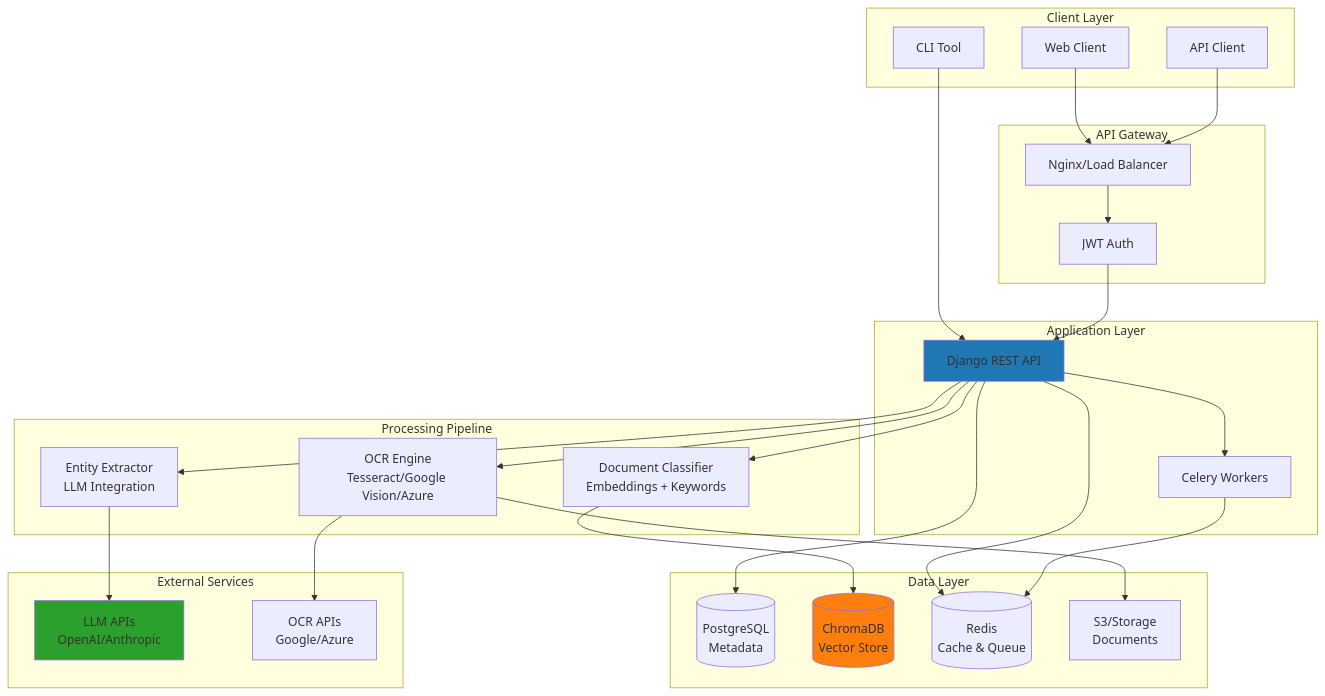
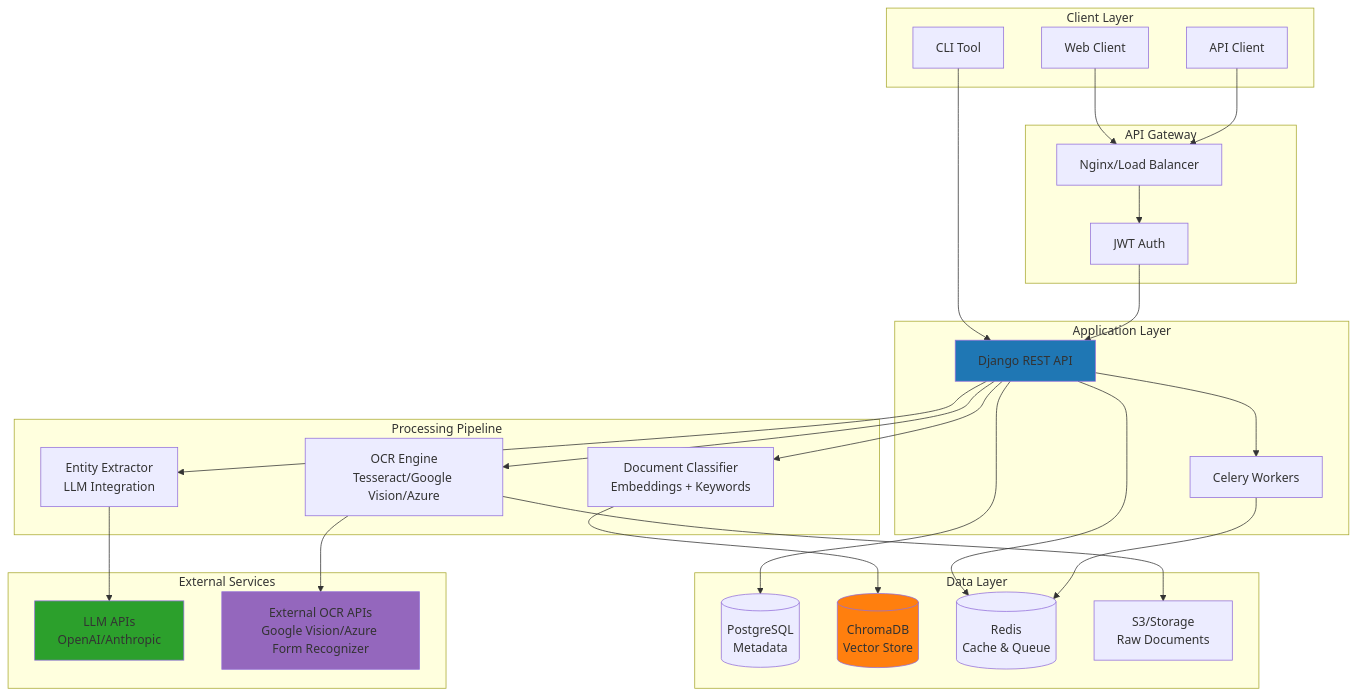
One commit to JazzzFM/DocuMind changed the first of 5 diagrams in README.md. Above: the diagram before and after it, drawn with Mermaid. The commit also changed other lines of this file and 5029 other files, not shown here.

````diff
--- a/README.md
+++ b/README.md
@@ -41,62 +50,63 @@
 ```mermaid
 graph TB
     subgraph "Client Layer"
         WEB[Web Client]
         API_CLIENT[API Client]
         CLI[CLI Tool]
     end
     
     subgraph "API Gateway"
         NGINX[Nginx/Load Balancer]
         AUTH[JWT Auth]
     end
     
     subgraph "Application Layer"
         DJANGO[Django REST API]
         CELERY[Celery Workers]
     end
     
     subgraph "Processing Pipeline"
         OCR_ENGINE[OCR Engine<br/>Tesseract/Google Vision/Azure]
         CLASSIFIER[Document Classifier<br/>Embeddings + Keywords]
         EXTRACTOR[Entity Extractor<br/>LLM Integration]
     end
     
     subgraph "Data Layer"
         POSTGRES[(PostgreSQL<br/>Metadata)]
         CHROMADB[(ChromaDB<br/>Vector Store)]
         REDIS[(Redis<br/>Cache & Queue)]
-        S3[S3/Storage<br/>Documents]
+        S3[S3/Storage<br/>Raw Documents]
     end
     
     subgraph "External Services"
         LLM_API[LLM APIs<br/>OpenAI/Anthropic]
-        OCR_API[OCR APIs<br/>Google/Azure]
+        OCR_API[External OCR APIs<br/>Google Vision/Azure Form Recognizer]
     end
     
     WEB --> NGINX
     API_CLIENT --> NGINX
     CLI --> DJANGO
     
     NGINX --> AUTH
     AUTH --> DJANGO
     
     DJANGO --> CELERY
     DJANGO --> OCR_ENGINE
     DJANGO --> CLASSIFIER
     DJANGO --> EXTRACTOR
     
     OCR_ENGINE --> OCR_API
     CLASSIFIER --> CHROMADB
     EXTRACTOR --> LLM_API
     
     DJANGO --> POSTGRES
     DJANGO --> REDIS
     CELERY --> REDIS
     
     OCR_ENGINE --> S3
     
     style DJANGO fill:#1f77b4
     style CHROMADB fill:#ff7f0e
     style LLM_API fill:#2ca02c
+    style OCR_API fill:#9467bd
 ```
````
